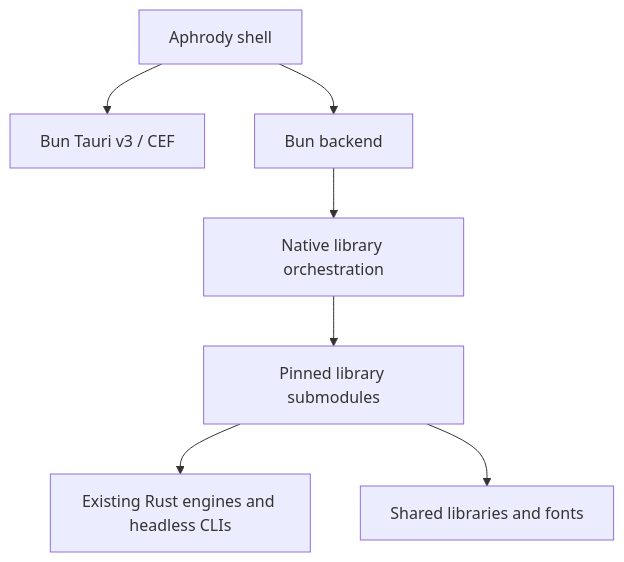
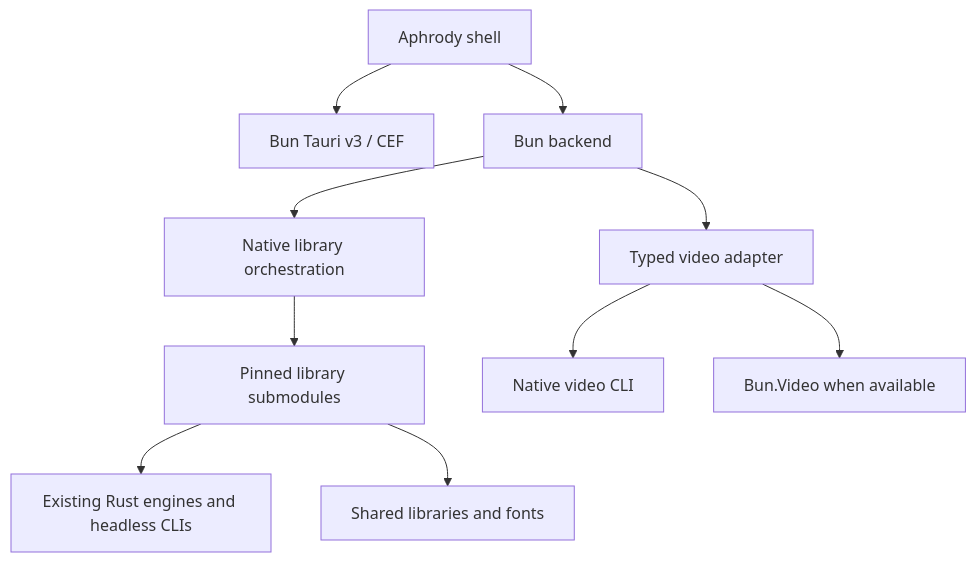
One commit to aphrody-labs/bun-distribution changed the diagram in docs/architecture.md. Above: the diagram before and after it, drawn with Mermaid. The commit also changed other lines of this file and 32 other files, not shown here.

Commit message:
Prioritize native video and Bun migration

````diff
--- a/docs/architecture.md
+++ b/docs/architecture.md
@@ -3,9 +3,12 @@
 ```mermaid
 flowchart TD
   UI[Aphrody shell] --> SDK[Bun Tauri v3 / CEF]
   UI --> Backend[Bun backend]
   Backend --> Workspace[Native library orchestration]
   Workspace --> Sources[Pinned library submodules]
+  Backend --> Video[Typed video adapter]
+  Video --> Headless[Native video CLI]
+  Video --> NativeVideo[Bun.Video when available]
   Sources --> Rust[Existing Rust engines and headless CLIs]
   Sources --> Shared[Shared libraries and fonts]
 ```
````
